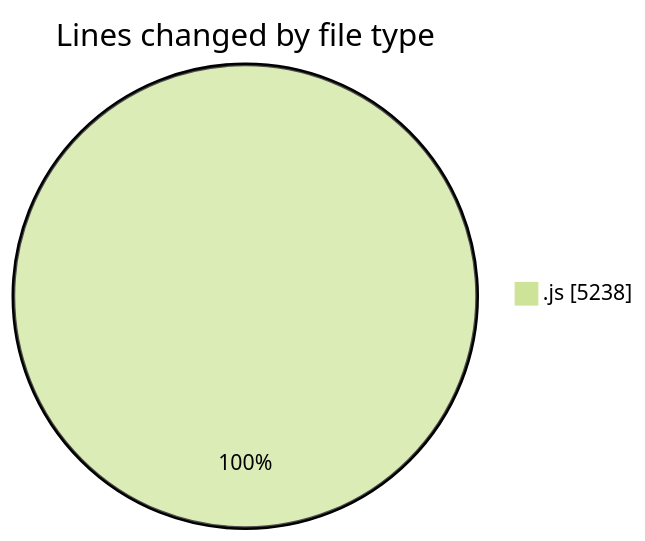
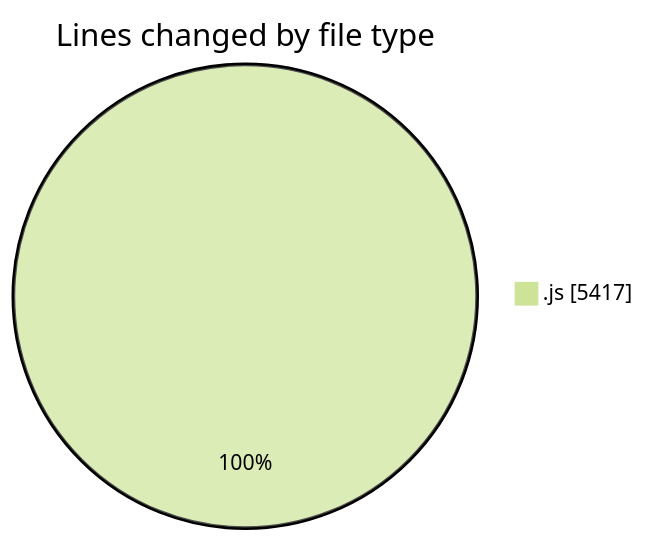
The first of 2 diagrams in 2025-09-02/nxtqube_webapp/README.md (nxtqubesakshisongat/code-tracking), drawn with Mermaid (forest theme) before and after one commit. The commit also changed other lines of this file and 1 other file, not shown here.

````diff
--- a/2025-09-02/nxtqube_webapp/README.md
+++ b/2025-09-02/nxtqube_webapp/README.md
@@ -20,5 +20,5 @@
 ```mermaid
 pie showData
 title Lines changed by file type
-".js" : 5238
+".js" : 5417
 ```
````
